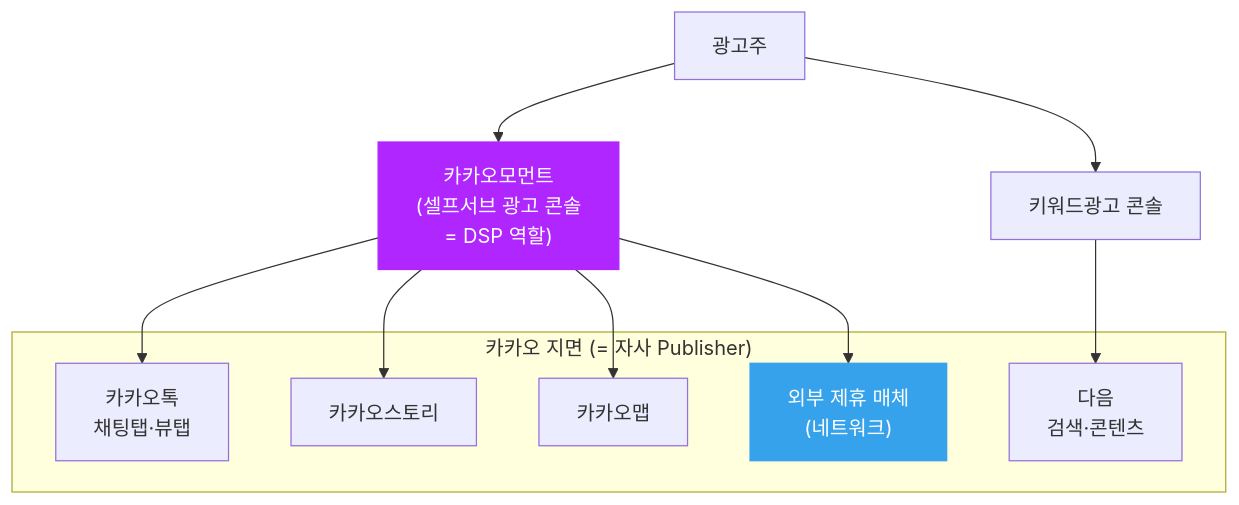
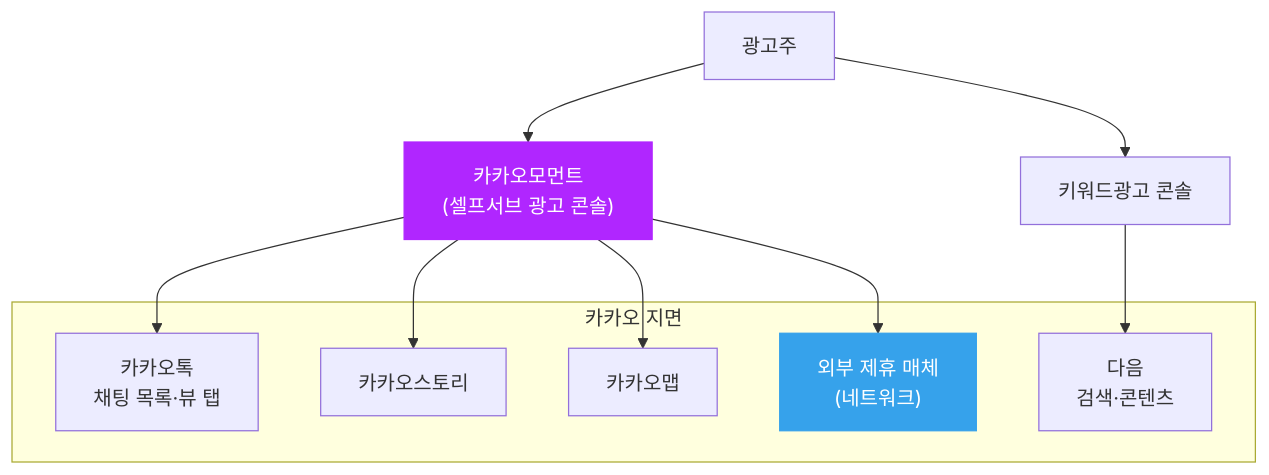
One commit to chkimsu/adtech-blog changed the first of 2 diagrams in posts/kakao-ads-products.md. Above: the diagram before and after it, drawn with Mermaid. The commit also changed other lines of this file and 8 other files, not shown here.

````diff
--- a/posts/kakao-ads-products.md
+++ b/posts/kakao-ads-products.md
@@ -19,23 +25,22 @@
 ```mermaid
 graph TB
-    ADV["광고주"] --> MOMENT["카카오모먼트<br/>(셀프서브 광고 콘솔<br/>= DSP 역할)"]
-    KW["키워드광고 콘솔"]
-    ADV --> KW
+    ADV["광고주"] --> MOMENT["카카오모먼트<br/>(셀프서브 광고 콘솔)"]
+    ADV --> KW["키워드광고 콘솔"]
 
-    subgraph INV["카카오 지면 (= 자사 Publisher)"]
-        TALK["카카오톡<br/>채팅탭·뷰탭"]
+    subgraph INV["카카오 지면"]
+        TALK["카카오톡<br/>채팅 목록·뷰 탭"]
         DAUM["다음<br/>검색·콘텐츠"]
         STORY["카카오스토리"]
         MAP["카카오맵"]
         NET["외부 제휴 매체<br/>(네트워크)"]
     end
 
     MOMENT --> TALK
     MOMENT --> STORY
     MOMENT --> MAP
     MOMENT --> NET
     KW --> DAUM
 
     style MOMENT fill:#b026ff,stroke:#b026ff,color:#fff
     style NET fill:#36a2eb,stroke:#36a2eb,color:#fff
 ```
````
